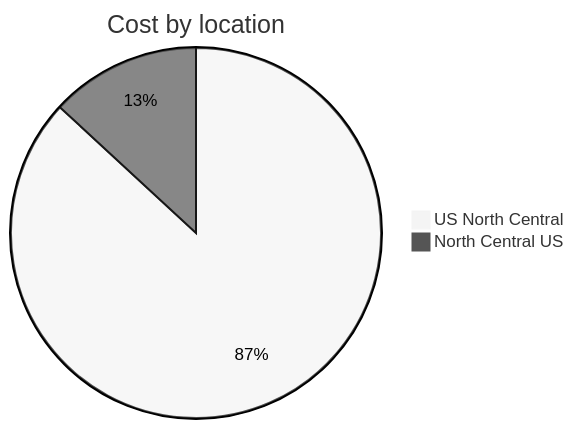
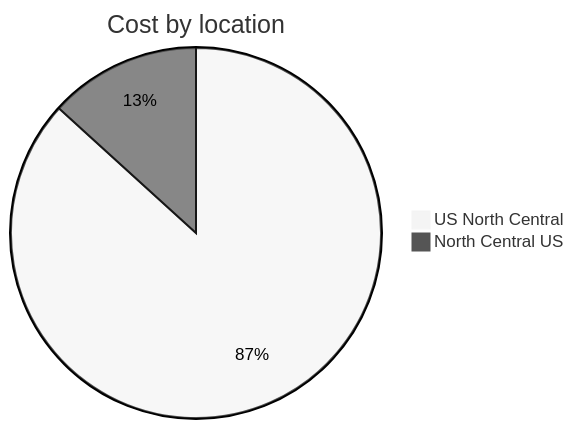
Before and after one commit to jpfulton/azure-personal-reports: the third of 4 diagrams in cost-reports/personal-network/backup-server_OsDisk.md, drawn with Mermaid (neutral theme). The commit also changed other lines of this file and 8 other files, not shown here.

````diff
--- a/cost-reports/personal-network/backup-server_OsDisk.md
+++ b/cost-reports/personal-network/backup-server_OsDisk.md
@@ -108,6 +108,6 @@
 ```mermaid
 pie
    title Cost by location
-   "US North Central" : 1.39
-   "North Central US" : 0.21
+   "US North Central" : 1.44
+   "North Central US" : 0.22
 ```
````
